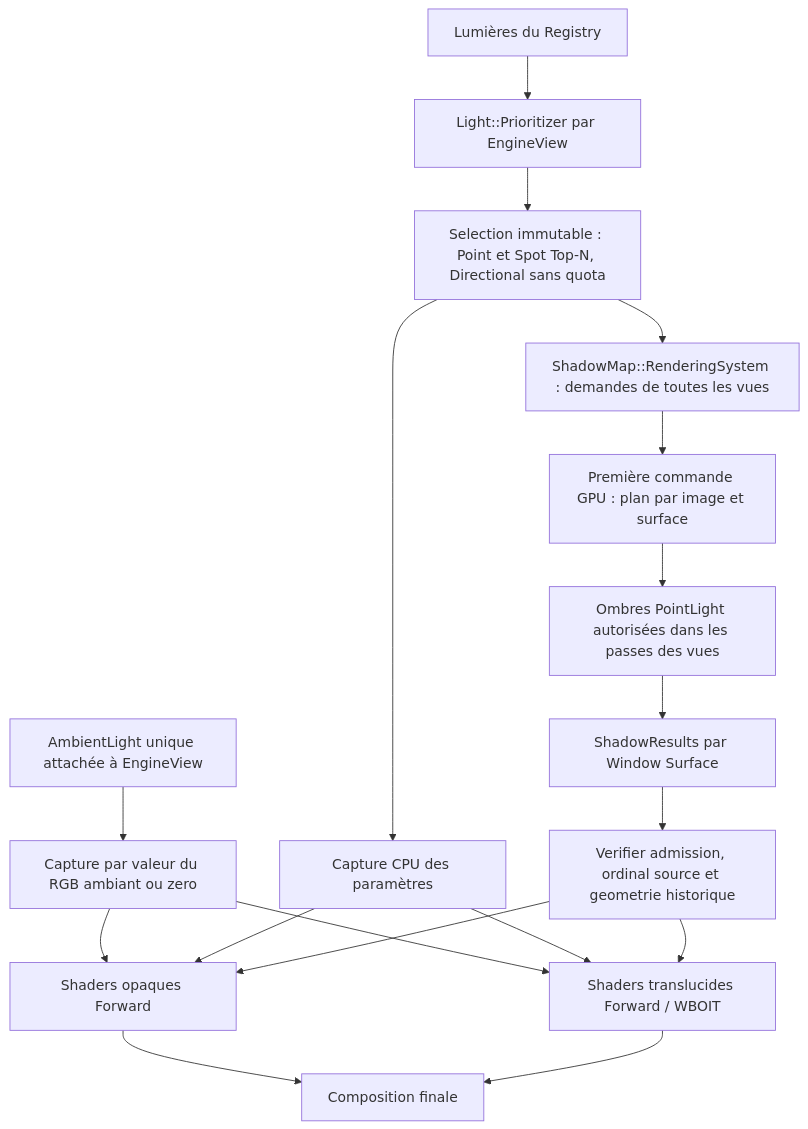
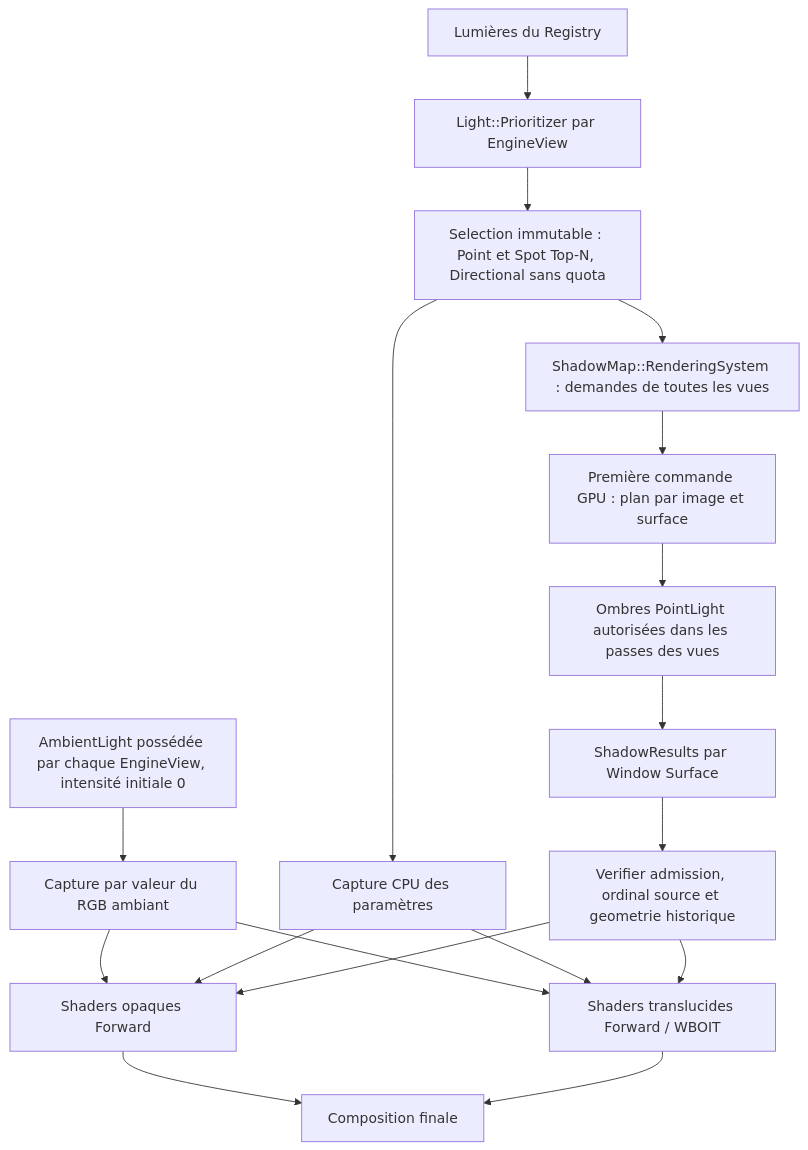
One commit to EreliaStudio/Sparkle changed the third of 5 diagrams in docs/voxel-engine-v0.1.4/09-pipeline-gpu-transparence.md. Above: the diagram before and after it, drawn with Mermaid. The commit also changed other lines of this file, not shown here.

Commit message:
docs(v0.1.4): EngineView directly owns a configurable AmbientLight

````diff
--- a/docs/voxel-engine-v0.1.4/09-pipeline-gpu-transparence.md
+++ b/docs/voxel-engine-v0.1.4/09-pipeline-gpu-transparence.md
@@ -87,20 +87,20 @@
 ```mermaid
 flowchart TD
   L["Lumières du Registry"] --> P["Light::Prioritizer par EngineView"]
   P --> S["Selection immutable : Point et Spot Top-N, Directional sans quota"]
   S --> C["Capture CPU des paramètres"]
-  A["AmbientLight unique attachée à EngineView"] --> AC["Capture par valeur du RGB ambiant ou zero"]
+  A["AmbientLight possédée par chaque EngineView, intensité initiale 0"] --> AC["Capture par valeur du RGB ambiant"]
   AC --> O
   AC --> W
   C --> O["Shaders opaques Forward"]
   C --> W["Shaders translucides Forward / WBOIT"]
   S --> SH["ShadowMap::RenderingSystem : demandes de toutes les vues"]
   SH --> Prep["Première commande GPU : plan par image et surface"]
   Prep --> Passes["Ombres PointLight autorisées dans les passes des vues"]
   Passes --> R["ShadowResults par Window Surface"]
   R --> G["Verifier admission, ordinal source et geometrie historique"]
   G --> O
   G --> W
   O --> F["Composition finale"]
   W --> F
 ```
````
